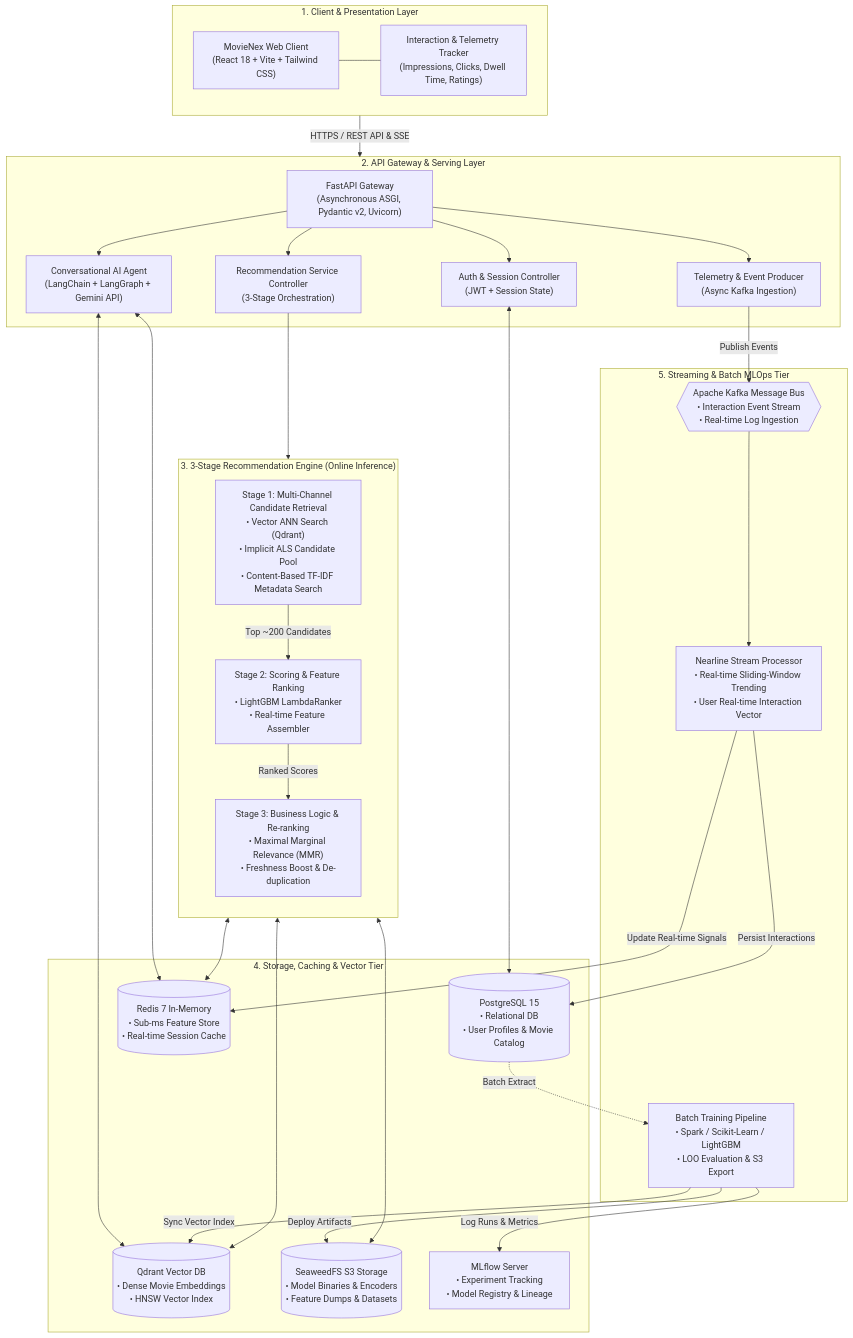
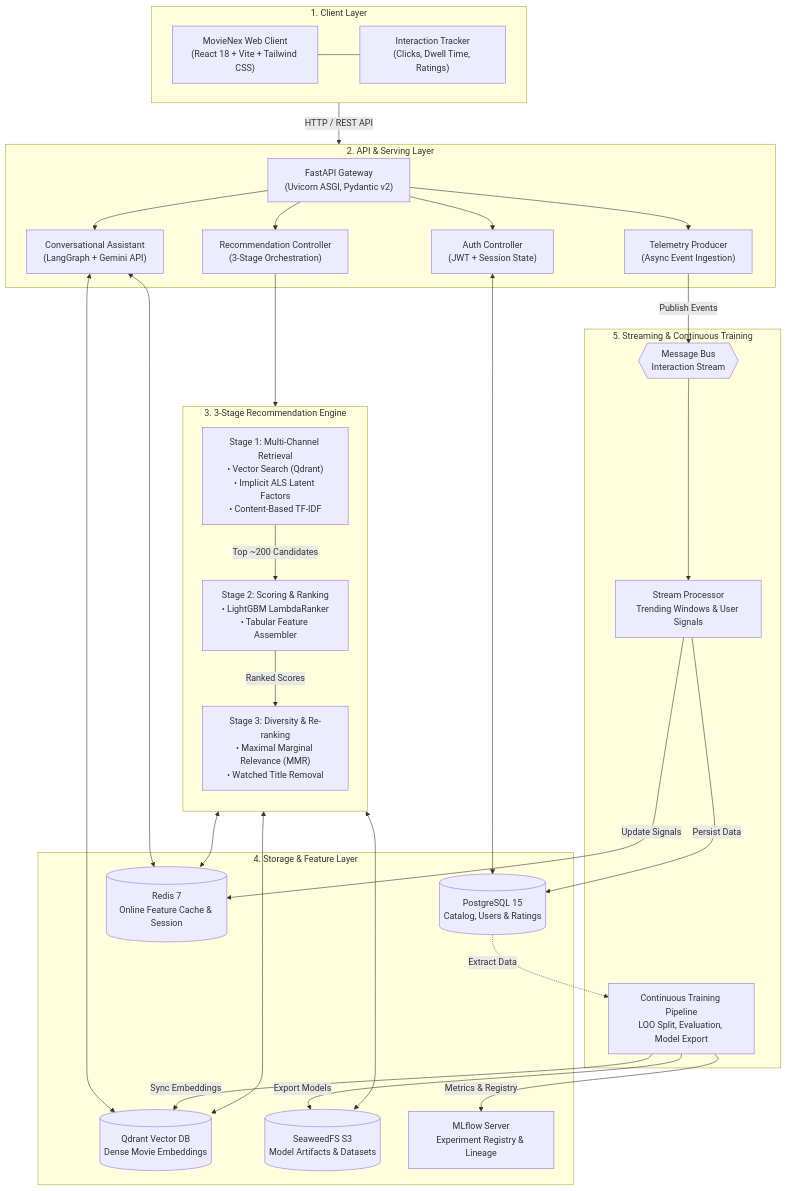
Before and after one commit to dducsw/movie-recsys: the diagram in docs/architecture.md, drawn with Mermaid. The commit also changed other lines of this file and 204 other files, not shown here.

````diff
--- a/docs/architecture.md
+++ b/docs/architecture.md
@@ -11,69 +11,64 @@
 ```mermaid
 flowchart TD
-    subgraph ClientTier ["1. Client & Presentation Layer"]
+    subgraph ClientTier ["1. Client Layer"]
         SPA["MovieNex Web Client<br/>(React 18 + Vite + Tailwind CSS)"]
-        Tracker["Interaction & Telemetry Tracker<br/>(Impressions, Clicks, Dwell Time, Ratings)"]
+        Tracker["Interaction Tracker<br/>(Clicks, Dwell Time, Ratings)"]
         SPA --- Tracker
     end
 
-    subgraph APITier ["2. API Gateway & Serving Layer"]
-        Gateway["FastAPI Gateway<br/>(Asynchronous ASGI, Pydantic v2, Uvicorn)"]
-        AuthSvc["Auth & Session Controller<br/>(JWT + Session State)"]
-        RecSvc["Recommendation Service Controller<br/>(3-Stage Orchestration)"]
-        ChatAgent["Conversational AI Agent<br/>(LangChain + LangGraph + Gemini API)"]
-        EventProducer["Telemetry & Event Producer<br/>(Async Kafka Ingestion)"]
+    subgraph APITier ["2. API & Serving Layer"]
+        Gateway["FastAPI Gateway<br/>(Uvicorn ASGI, Pydantic v2)"]
+        AuthSvc["Auth Controller<br/>(JWT + Session State)"]
+        RecSvc["Recommendation Controller<br/>(3-Stage Orchestration)"]
+        ChatAgent["Conversational Assistant<br/>(LangGraph + Gemini API)"]
+        EventProducer["Telemetry Producer<br/>(Async Event Ingestion)"]
 
         Gateway --> AuthSvc
         Gateway --> RecSvc
         Gateway --> ChatAgent
         Gateway --> EventProducer
     end
 
-    subgraph EngineTier ["3. 3-Stage Recommendation Engine (Online Inference)"]
+    subgraph EngineTier ["3. 3-Stage Recommendation Engine"]
         direction TB
-        Retrieval["Stage 1: Multi-Channel Candidate Retrieval<br/>• Vector ANN Search (Qdrant)<br/>• Implicit ALS Candidate Pool<br/>• Content-Based TF-IDF Metadata Search"]
-        Ranking["Stage 2: Scoring & Feature Ranking<br/>• LightGBM LambdaRanker<br/>• Real-time Feature Assembler"]
-        Reranking["Stage 3: Business Logic & Re-ranking<br/>• Maximal Marginal Relevance (MMR)<br/>• Freshness Boost & De-duplication"]
+        Retrieval["Stage 1: Multi-Channel Retrieval<br/>• Vector Search (Qdrant)<br/>• Implicit ALS Latent Factors<br/>• Content-Based TF-IDF"]
+        Ranking["Stage 2: Scoring & Ranking<br/>• LightGBM LambdaRanker<br/>• Tabular Feature Assembler"]
+        Reranking["Stage 3: Diversity & Re-ranking<br/>• Maximal Marginal Relevance (MMR)<br/>• Watched Title Removal"]
 
         Retrieval -->|Top ~200 Candidates| Ranking
         Ranking -->|Ranked Scores| Reranking
     end
 
-    subgraph DataTier ["4. Storage, Caching & Vector Tier"]
-        Postgres[("PostgreSQL 15<br/>• Relational DB<br/>• User Profiles & Movie Catalog")]
-        Redis[("Redis 7 In-Memory<br/>• Sub-ms Feature Store<br/>• Real-time Session Cache")]
-        Qdrant[("Qdrant Vector DB<br/>• Dense Movie Embeddings<br/>• HNSW Vector Index")]
-        S3[("SeaweedFS S3 Storage<br/>• Model Binaries & Encoders<br/>• Feature Dumps & Datasets")]
-        MLflow["MLflow Server<br/>• Experiment Tracking<br/>• Model Registry & Lineage"]
+    subgraph DataTier ["4. Storage & Feature Layer"]
+        Postgres[("PostgreSQL 15<br/>Catalog, Users & Ratings")]
+        Redis[("Redis 7<br/>Online Feature Cache & Session")]
+        Qdrant[("Qdrant Vector DB<br/>Dense Movie Embeddings")]
+        S3[("SeaweedFS S3<br/>Model Artifacts & Datasets")]
+        MLflow["MLflow Server<br/>Experiment Registry & Lineage"]
     end
 
-    subgraph AsyncTier ["5. Streaming & Batch MLOps Tier"]
-        Kafka{{Apache Kafka Message Bus<br/>• Interaction Event Stream<br/>• Real-time Log Ingestion}}
-        StreamWorker["Nearline Stream Processor<br/>• Real-time Sliding-Window Trending<br/>• User Real-time Interaction Vector"]
-        BatchTrainer["Batch Training Pipeline<br/>• Spark / Scikit-Learn / LightGBM<br/>• LOO Evaluation & S3 Export"]
+    subgraph AsyncTier ["5. Streaming & Continuous Training"]
+        Kafka{{Message Bus<br/>Interaction Stream}}
+        StreamWorker["Stream Processor<br/>Trending Windows & User Signals"]
+        BatchTrainer["Continuous Training Pipeline<br/>LOO Split, Evaluation, Model Export"]
     end
 
-    %% Client to API
-    ClientTier -->|"HTTPS / REST API & SSE"| APITier
-
-    %% Serving Interactions
+    ClientTier -->|"HTTP / REST API"| APITier
     RecSvc --> EngineTier
     EngineTier <--> Redis
     EngineTier <--> Qdrant
     EngineTier <--> S3
     AuthSvc <--> Postgres
     ChatAgent <--> Redis
     ChatAgent <--> Qdrant
 
-    %% Telemetry & Streaming
     EventProducer -->|"Publish Events"| Kafka
     Kafka --> StreamWorker
-    StreamWorker -->|"Update Real-time Signals"| Redis
-    StreamWorker -->|"Persist Interactions"| Postgres
+    StreamWorker -->|"Update Signals"| Redis
+    StreamWorker -->|"Persist Data"| Postgres
 
-    %% Batch Training
-    Postgres -.->|"Batch Extract"| BatchTrainer
-    BatchTrainer -->|"Log Runs & Metrics"| MLflow
-    BatchTrainer -->|"Deploy Artifacts"| S3
-    BatchTrainer -->|"Sync Vector Index"| Qdrant
+    Postgres -.->|"Extract Data"| BatchTrainer
+    BatchTrainer -->|"Metrics & Registry"| MLflow
+    BatchTrainer -->|"Export Models"| S3
+    BatchTrainer -->|"Sync Embeddings"| Qdrant
 ```
````
